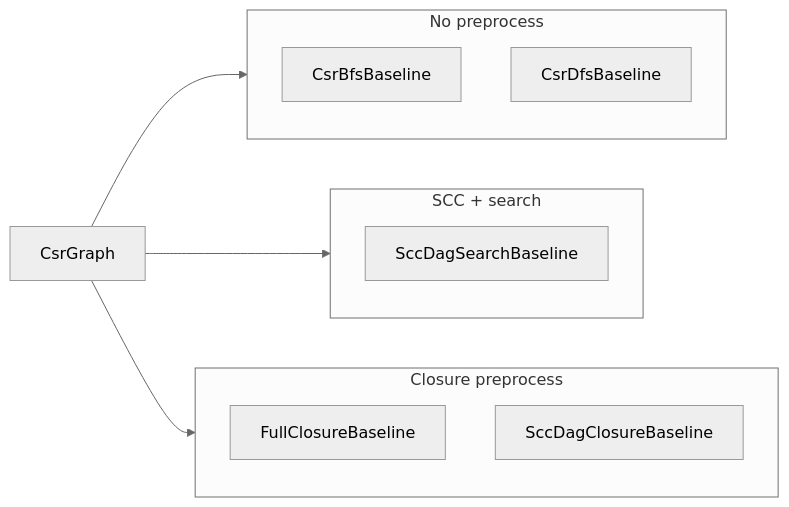
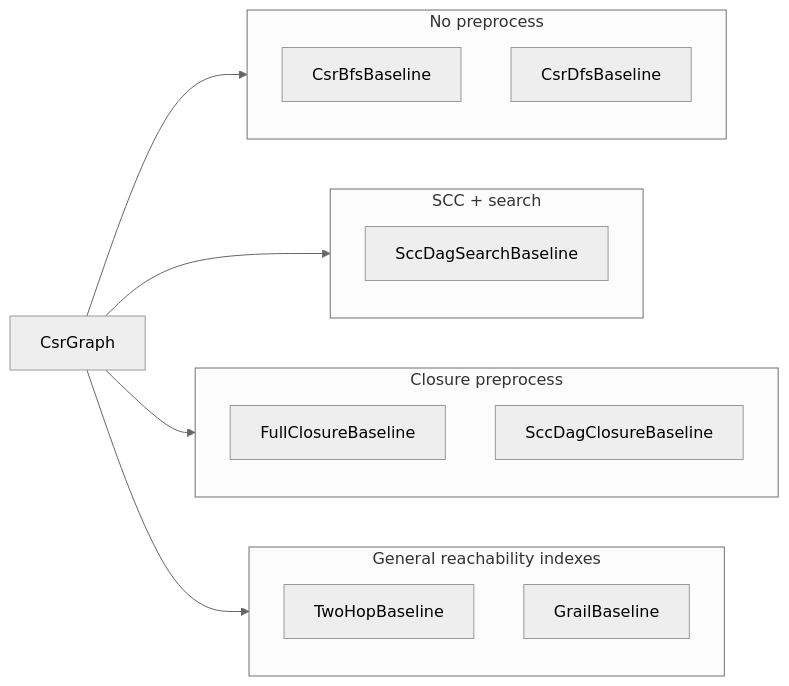
The second of 2 diagrams in docs/atlas.md (ozaslan/hbrick), drawn with Mermaid (neutral theme) before and after one commit. The commit also changed other lines of this file and 7 other files, not shown here.

````diff
--- a/docs/atlas.md
+++ b/docs/atlas.md
@@ -137,18 +137,23 @@
 ```mermaid
 flowchart LR
     subgraph noPreprocess [No preprocess]
         BfsBL[CsrBfsBaseline]
         DfsBL[CsrDfsBaseline]
     end
     subgraph sccSearch [SCC + search]
         SccSearchBL[SccDagSearchBaseline]
     end
     subgraph closure [Closure preprocess]
         FullBL[FullClosureBaseline]
         SccCloseBL[SccDagClosureBaseline]
     end
+    subgraph indexPreprocess [General reachability indexes]
+        TwoHopBL[TwoHopBaseline]
+        GrailBL[GrailBaseline]
+    end
 
     CsrGraph --> noPreprocess
     CsrGraph --> sccSearch
     CsrGraph --> closure
+    CsrGraph --> indexPreprocess
 ```
````
